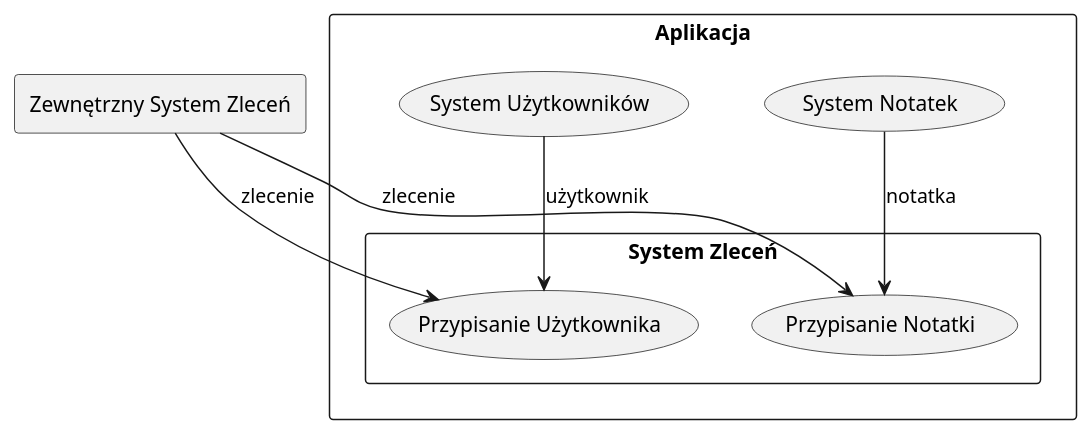
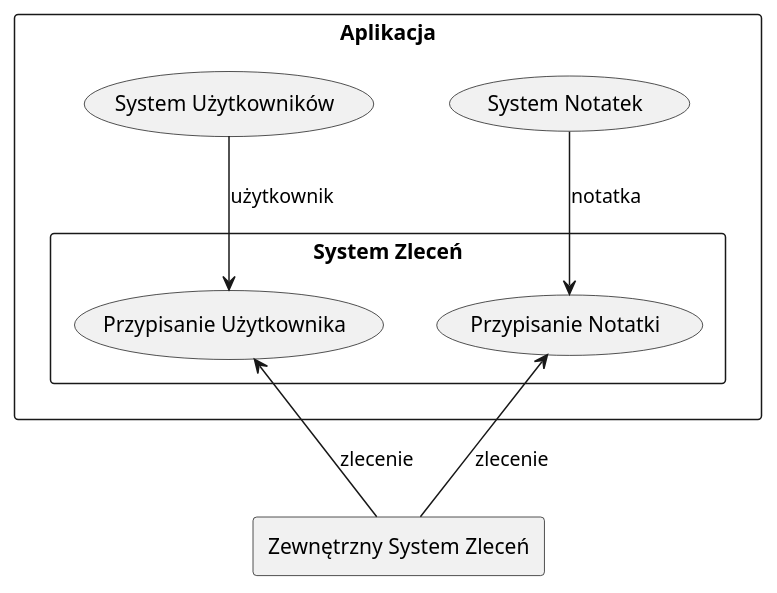
Before and after one commit to m-panczyk/gn_plantuml: the diagram in ds.ticket.puml, drawn with PlantUML. The commit also changed 1 other file, not shown here.

Commit message:
poprawka strzałek w ds.ticket i wstępny diagram w ds.users

```diff
--- a/ds.ticket.puml
+++ b/ds.ticket.puml
@@ -2,18 +2,18 @@
 @startuml
 rectangle "Zewnętrzny System Zleceń" as zsz
 rectangle Aplikacja as app {
 	rectangle "System Zleceń" as sz{
 		(Przypisanie Notatki) as assign_n
 		(Przypisanie Użytkownika) as assign_u
     }
     (System Notatek) as sn
     (System Użytkowników) as su
 	
-    zsz --> assign_n: zlecenie
-    zsz --> assign_u: zlecenie
+    zsz -u-> assign_n: zlecenie
+    zsz -u-> assign_u: zlecenie
 
     su --> assign_u: użytkownik
     sn --> assign_n: notatka
 
 }
 @enduml
```
